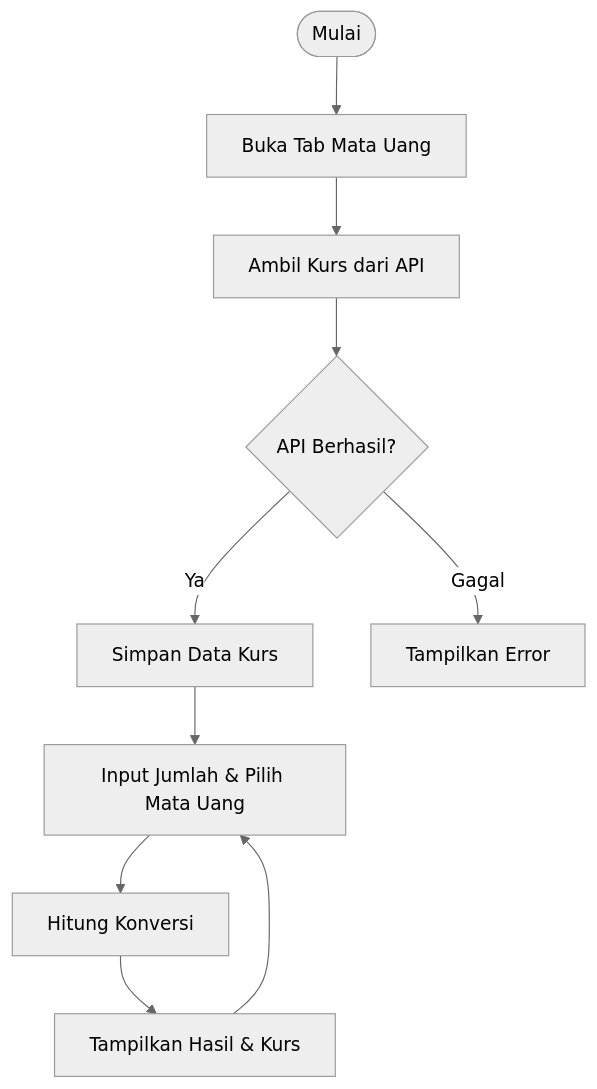
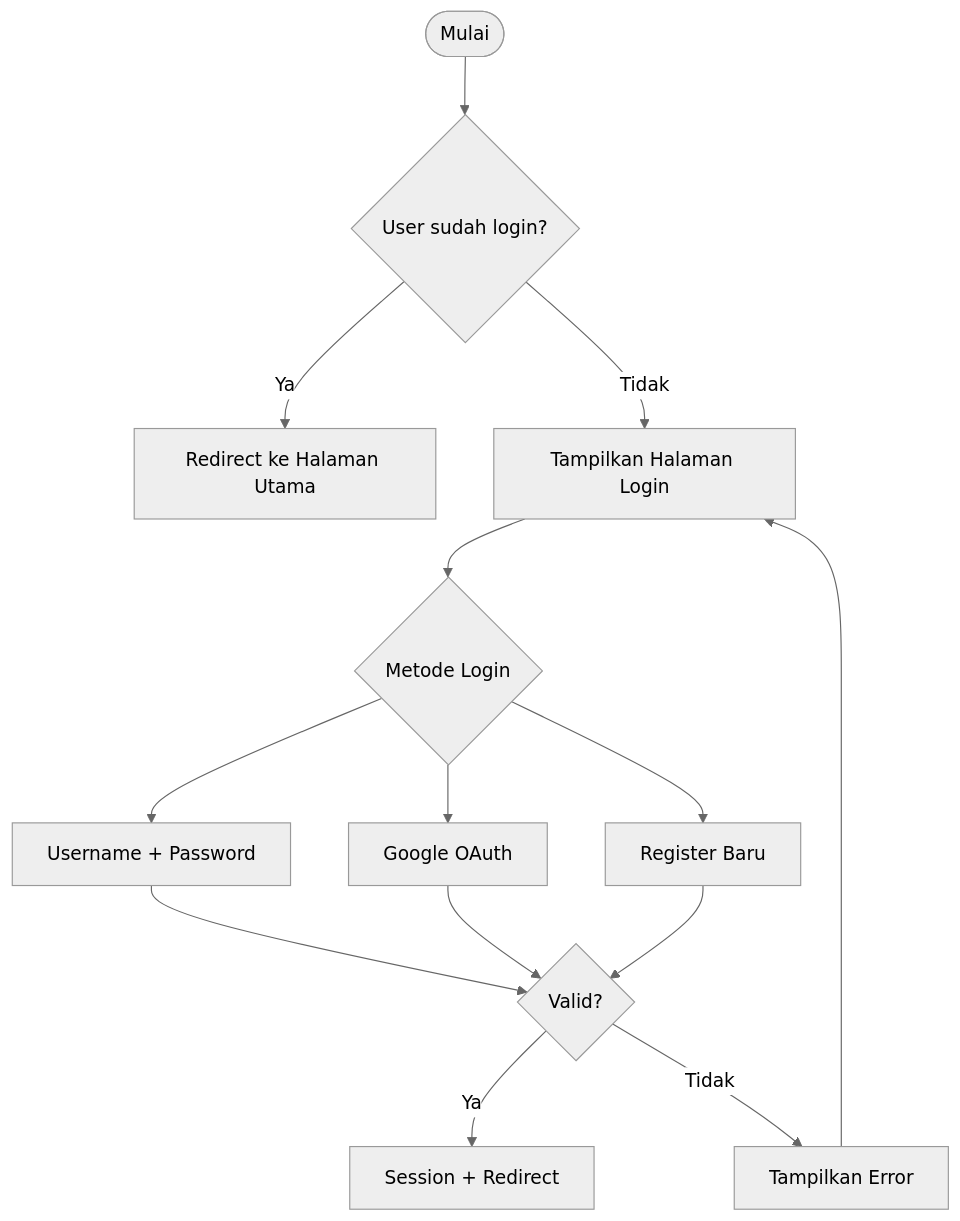
One commit to falcon-ioi/Caclcon changed the fourth of 7 diagrams in e-concalc-web/README.md. Above: the diagram before and after it, drawn with Mermaid (neutral theme). The commit also changed other lines of this file and 2 other files, not shown here.

First line of the commit message:
docs: update all README files with auth, API sync, database schema

````diff
--- a/e-concalc-web/README.md
+++ b/e-concalc-web/README.md
@@ -149,12 +227,16 @@
 ```mermaid
 flowchart TD
-    A([Mulai]) --> B[Buka Tab Mata Uang]
-    B --> C[Ambil Kurs dari API]
-    C --> D{API Berhasil?}
-    D -- Ya --> E[Simpan Data Kurs]
-    D -- Gagal --> F[Tampilkan Error]
-    E --> G[Input Jumlah & Pilih Mata Uang]
-    G --> H[Hitung Konversi]
-    H --> I[Tampilkan Hasil & Kurs]
-    I --> G
+    A([Mulai]) --> B{User sudah login?}
+    B -- Ya --> C[Redirect ke Halaman Utama]
+    B -- Tidak --> D[Tampilkan Halaman Login]
+    D --> E{Metode Login}
+    E --> F[Username + Password]
+    E --> G[Google OAuth]
+    E --> H[Register Baru]
+    F --> I{Valid?}
+    G --> I
+    H --> I
+    I -- Ya --> J[Session + Redirect]
+    I -- Tidak --> K[Tampilkan Error]
+    K --> D
 ```
````
